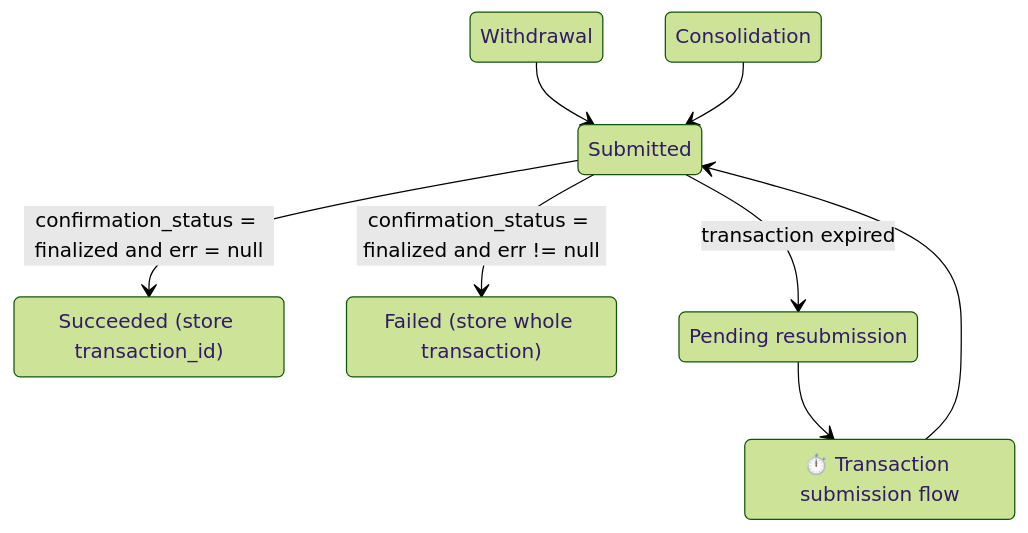
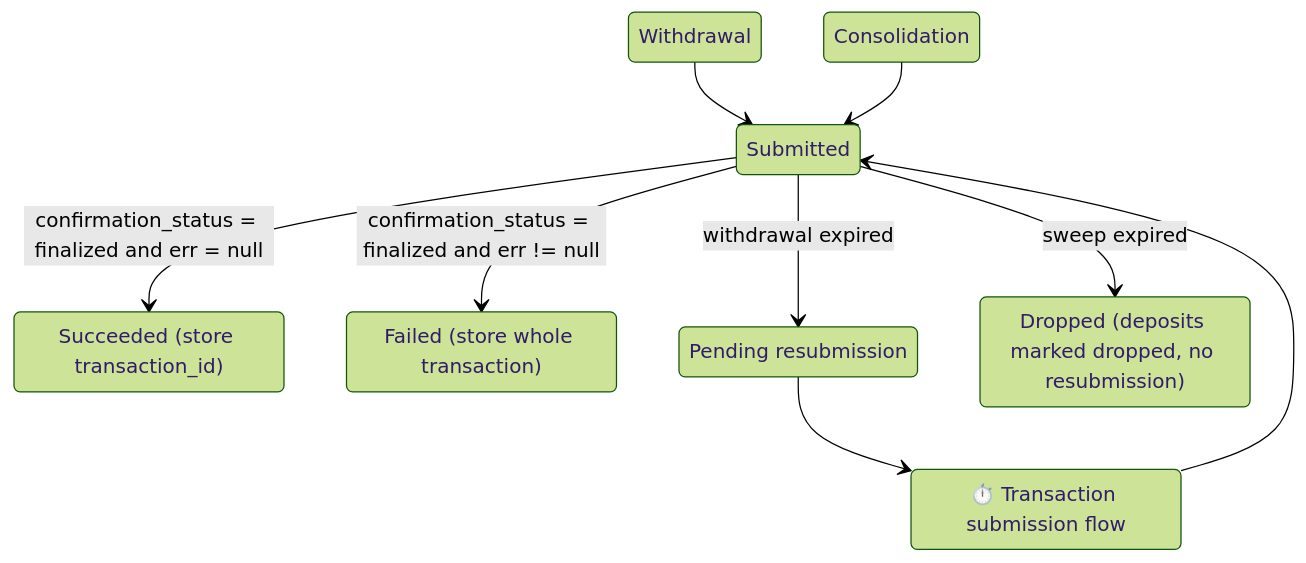
Before and after one commit to dfinity/cksol: the seventh of 7 diagrams in docs/design.md, drawn with Mermaid (forest theme). The commit also changed other lines of this file, not shown here.

````diff
--- a/docs/design.md
+++ b/docs/design.md
@@ -443,15 +487,17 @@
 ```mermaid
 stateDiagram-v2
     Withdrawal --> Submitted
     Consolidation --> Submitted
     Submission --> Submitted
     Submitted --> Succeeded: confirmation_status = finalized and err = null
     Submitted --> Failed: confirmation_status = finalized and err != null
-    Submitted --> PendingResubmission: transaction expired
+    Submitted --> PendingResubmission: withdrawal expired
+    Submitted --> Dropped: sweep expired
     PendingResubmission --> Submission
 
     Submission: ⏱️ Transaction submission flow
     Succeeded: Succeeded (store transaction_id)
     Failed: Failed (store whole transaction)
     PendingResubmission: Pending resubmission
+    Dropped: Dropped (deposits marked dropped, no resubmission)
 ```
````
